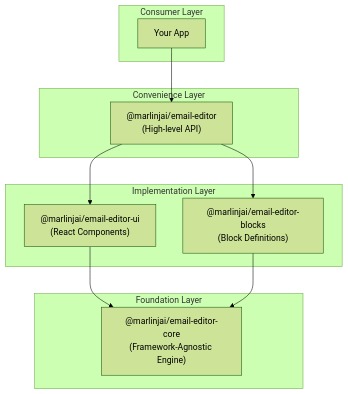
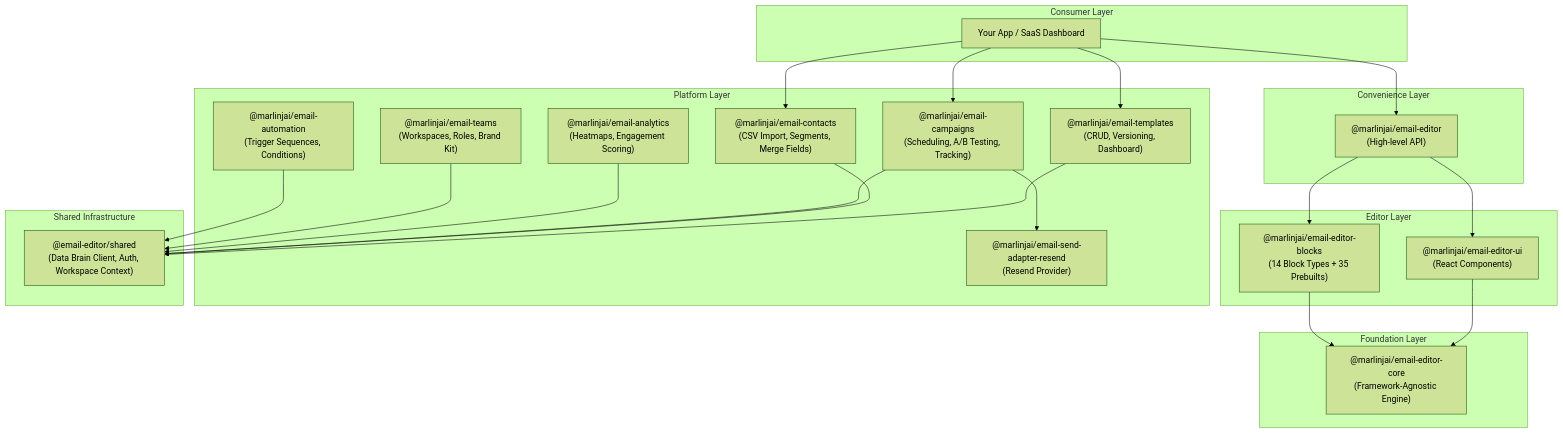
The first of 5 diagrams in docs/public/architecture.md (marlinjai/email-editor), drawn with Mermaid (forest theme) before and after one commit. The commit also changed other lines of this file and 8 other files, not shown here.

````diff
--- a/docs/public/architecture.md
+++ b/docs/public/architecture.md
@@ -13,25 +13,49 @@
 ```mermaid
 graph TB
     subgraph "Consumer Layer"
-        APP[Your App]
+        APP[Your App / SaaS Dashboard]
     end
 
     subgraph "Convenience Layer"
         EDITOR["@marlinjai/email-editor<br/>(High-level API)"]
     end
 
-    subgraph "Implementation Layer"
+    subgraph "Editor Layer"
         UI["@marlinjai/email-editor-ui<br/>(React Components)"]
-        BLOCKS["@marlinjai/email-editor-blocks<br/>(Block Definitions)"]
+        BLOCKS["@marlinjai/email-editor-blocks<br/>(14 Block Types + 35 Prebuilts)"]
     end
 
     subgraph "Foundation Layer"
         CORE["@marlinjai/email-editor-core<br/>(Framework-Agnostic Engine)"]
     end
 
+    subgraph "Platform Layer"
+        TEMPLATES["@marlinjai/email-templates<br/>(CRUD, Versioning, Dashboard)"]
+        CONTACTS["@marlinjai/email-contacts<br/>(CSV Import, Segments, Merge Fields)"]
+        CAMPAIGNS["@marlinjai/email-campaigns<br/>(Scheduling, A/B Testing, Tracking)"]
+        ANALYTICS["@marlinjai/email-analytics<br/>(Heatmaps, Engagement Scoring)"]
+        TEAMS["@marlinjai/email-teams<br/>(Workspaces, Roles, Brand Kit)"]
+        AUTOMATION["@marlinjai/email-automation<br/>(Trigger Sequences, Conditions)"]
+        RESEND["@marlinjai/email-send-adapter-resend<br/>(Resend Provider)"]
+    end
+
+    subgraph "Shared Infrastructure"
+        SHARED["@email-editor/shared<br/>(Data Brain Client, Auth, Workspace Context)"]
+    end
+
     APP --> EDITOR
+    APP --> TEMPLATES
+    APP --> CONTACTS
+    APP --> CAMPAIGNS
     EDITOR --> UI
     EDITOR --> BLOCKS
     UI --> CORE
     BLOCKS --> CORE
+    CAMPAIGNS --> RESEND
+    TEMPLATES --> SHARED
+    CONTACTS --> SHARED
+    CAMPAIGNS --> SHARED
+    ANALYTICS --> SHARED
+    TEAMS --> SHARED
+    AUTOMATION --> SHARED
 ```
````
